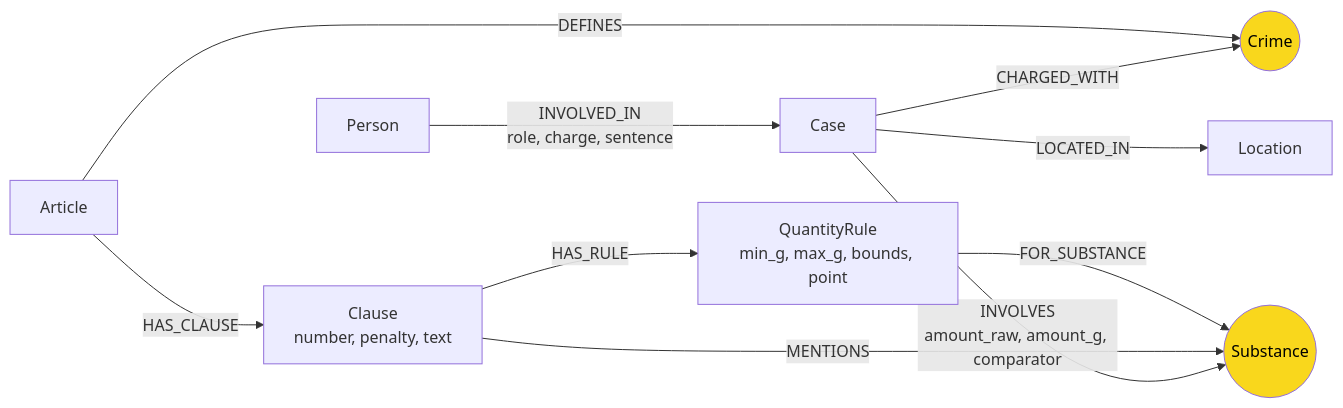
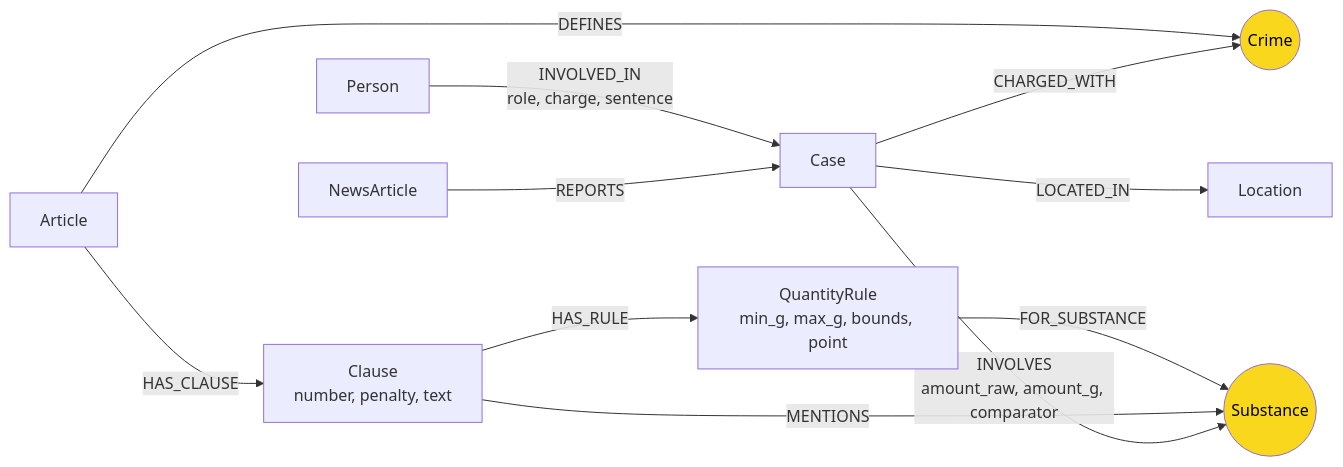
Before and after one commit to harrynguyen127/K4-DAY19-NguyenAnhTuan-2A202602700: the diagram in report/ONTOLOGY.md, drawn with Mermaid. The commit also changed other lines of this file and 16 other files, not shown here.

Commit message:
Refactor graph.py: Enhance extraction logic for news cases, improve ontology documentation, and implement quantity rule parsing. Update Neo4j graph building to align with new extraction methods and ensure data integrity. Implement context retrieval for legal questions with improved fact generation.

````diff
--- a/report/ONTOLOGY.md
+++ b/report/ONTOLOGY.md
@@ -15,14 +15,15 @@
 ```mermaid
 flowchart LR
+    N[NewsArticle] -- REPORTS --> K
     P[Person] -- "INVOLVED_IN<br/>role, charge, sentence" --> K[Case]
     K -- CHARGED_WITH --> C((Crime))
     K -- "INVOLVES<br/>amount_raw, amount_g, comparator" --> S((Substance))
     K -- LOCATED_IN --> L[Location]
     A[Article] -- DEFINES --> C
     A -- HAS_CLAUSE --> CL["Clause<br/>number, penalty, text"]
     CL -- MENTIONS --> S
     CL -- HAS_RULE --> QR["QuantityRule<br/>min_g, max_g, bounds, point"]
     QR -- FOR_SUBSTANCE --> S
     style C fill:#f9d71c,color:#000
     style S fill:#f9d71c,color:#000
 ```
````
